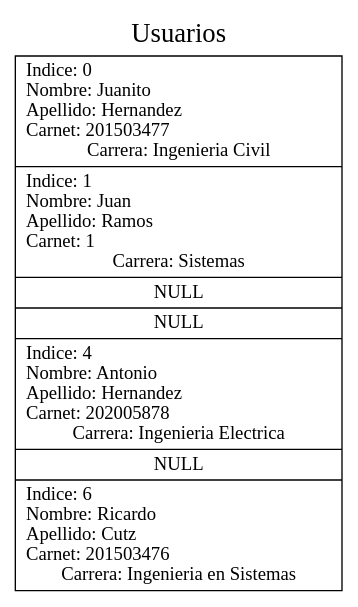
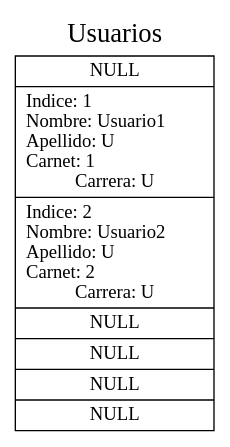
One commit to elJuanjoRamos/EDD_1S2020_PY2_201801262 changed the diagram in EDD_Proyecto2/HashTable.dot. Above: the diagram before and after it, drawn with Graphviz. The commit also changed 89 other files, not shown here.

```diff
--- a/EDD_Proyecto2/HashTable.dot
+++ b/EDD_Proyecto2/HashTable.dot
@@ -1,6 +1,6 @@
 digraph grafica{
 graph[label="Usuarios", labelloc=t, fontsize=20, compound=true];
 rankdir = LR;
 node [shape=record];
-splines=false; hashTable [label="<f0> Indice: 0\lNombre: Juanito\lApellido: Hernandez\lCarnet: 201503477\lCarrera: Ingenieria Civil|<f1> Indice: 1\lNombre: Juan\lApellido: Ramos\lCarnet: 1\lCarrera: Sistemas|<f2>NULL|<f3>NULL|<f4> Indice: 4\lNombre: Antonio\lApellido: Hernandez\lCarnet: 202005878\lCarrera: Ingenieria Electrica|<f5>NULL|<f6> Indice: 6\lNombre: Ricardo\lApellido: Cutz\lCarnet: 201503476\lCarrera: Ingenieria en Sistemas"];
+splines=false; hashTable [label="<f0>NULL|<f1> Indice: 1\lNombre: Usuario1\lApellido: U\lCarnet: 1\lCarrera: U|<f2> Indice: 2\lNombre: Usuario2\lApellido: U\lCarnet: 2\lCarrera: U|<f3>NULL|<f4>NULL|<f5>NULL|<f6>NULL"];
 }
```
